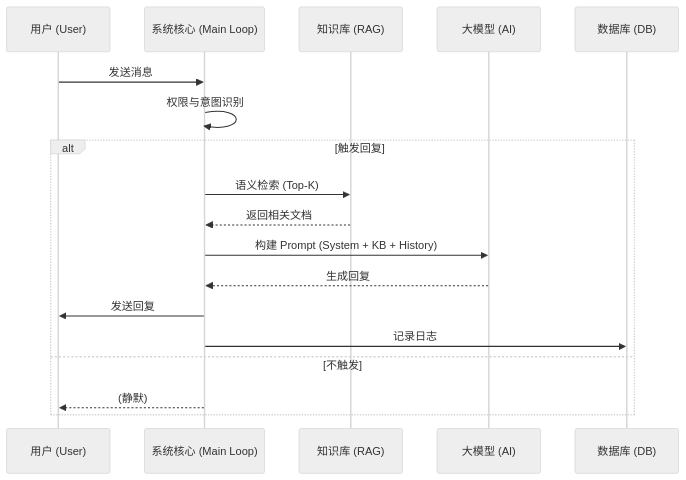
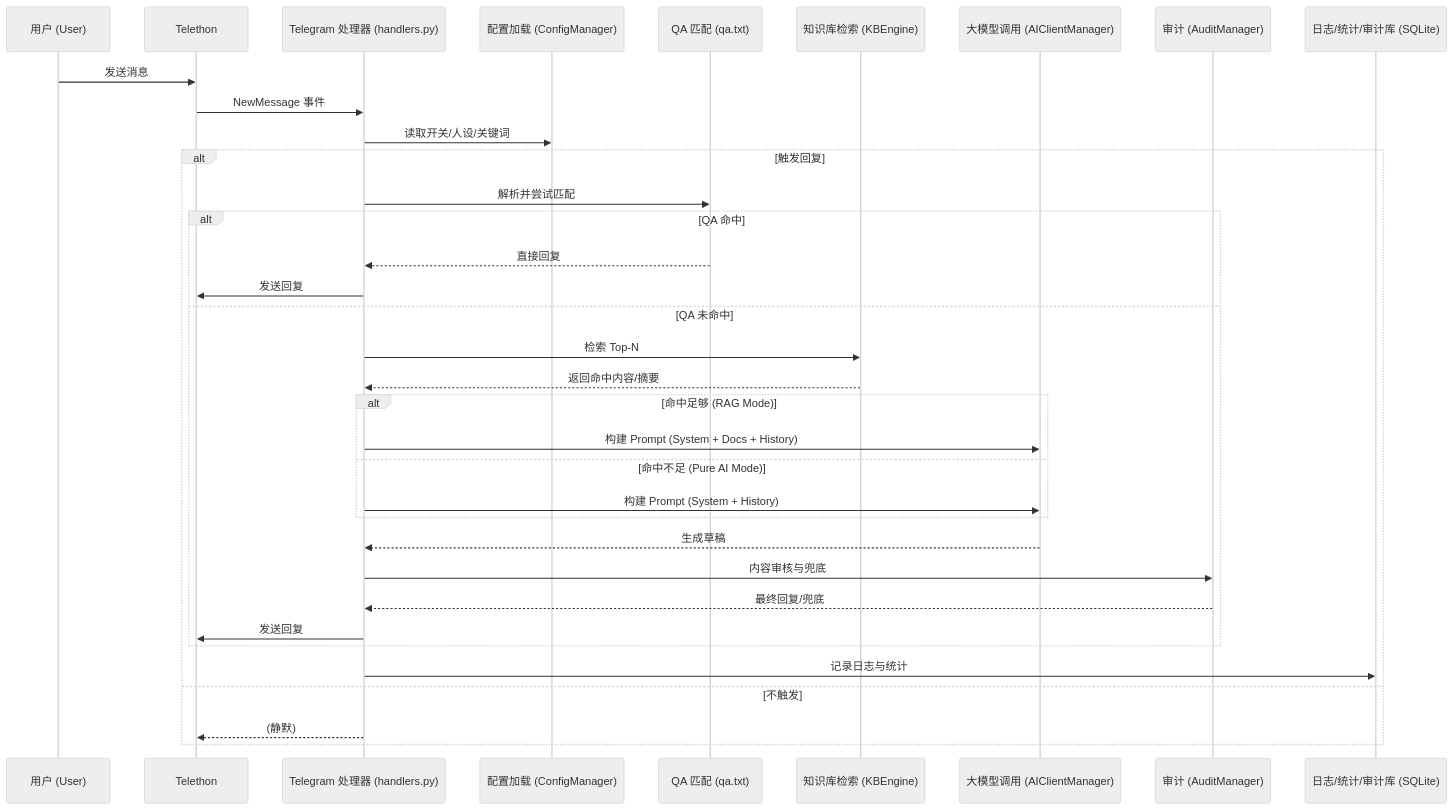
Before and after one commit to hverlott/AI----agent: the third of 4 diagrams in releases/v2.5.0/docs/help_center/v1.0/zh_CN/Telegram_AI_机器人技术白皮书.md, drawn with Mermaid (neutral theme). The commit also changed other lines of this file and 25 other files, not shown here.

````diff
--- a/releases/v2.5.0/docs/help_center/v1.0/zh_CN/Telegram_AI_机器人技术白皮书.md
+++ b/releases/v2.5.0/docs/help_center/v1.0/zh_CN/Telegram_AI_机器人技术白皮书.md
@@ -104,24 +104,41 @@
 ```mermaid
 sequenceDiagram
     participant U as 用户 (User)
-    participant SYS as 系统核心 (Main Loop)
-    participant KB as 知识库 (RAG)
-    participant LLM as 大模型 (AI)
-    participant DB as 数据库 (DB)
+    participant TG as Telethon
+    participant H as Telegram 处理器 (handlers.py)
+    participant CFG as 配置加载 (ConfigManager)
+    participant QA as QA 匹配 (qa.txt)
+    participant KB as 知识库检索 (KBEngine)
+    participant AI as 大模型调用 (AIClientManager)
+    participant AUD as 审计 (AuditManager)
+    participant DB as 日志/统计/审计库 (SQLite)
 
-    U->>SYS: 发送消息
-    SYS->>SYS: 权限与意图识别
+    U->>TG: 发送消息
+    TG->>H: NewMessage 事件
+    H->>CFG: 读取开关/人设/关键词
     
     alt 触发回复
-        SYS->>KB: 语义检索 (Top-K)
-        KB-->>SYS: 返回相关文档
+        H->>QA: 解析并尝试匹配
+        alt QA 命中
+            QA-->>H: 直接回复
+            H->>TG: 发送回复
+        else QA 未命中
+            H->>KB: 检索 Top-N
+            KB-->>H: 返回命中内容/摘要
         
-        SYS->>LLM: 构建 Prompt (System + KB + History)
-        LLM-->>SYS: 生成回复
+            alt 命中足够 (RAG Mode)
+                H->>AI: 构建 Prompt (System + Docs + History)
+            else 命中不足 (Pure AI Mode)
+                H->>AI: 构建 Prompt (System + History)
+            end
         
-        SYS->>U: 发送回复
-        SYS->>DB: 记录日志
+            AI-->>H: 生成草稿
+            H->>AUD: 内容审核与兜底
+            AUD-->>H: 最终回复/兜底
+            H->>TG: 发送回复
+        end
+        H->>DB: 记录日志与统计
     else 不触发
-        SYS-->>U: (静默)
+        H-->>TG: (静默)
     end
 ```
````
